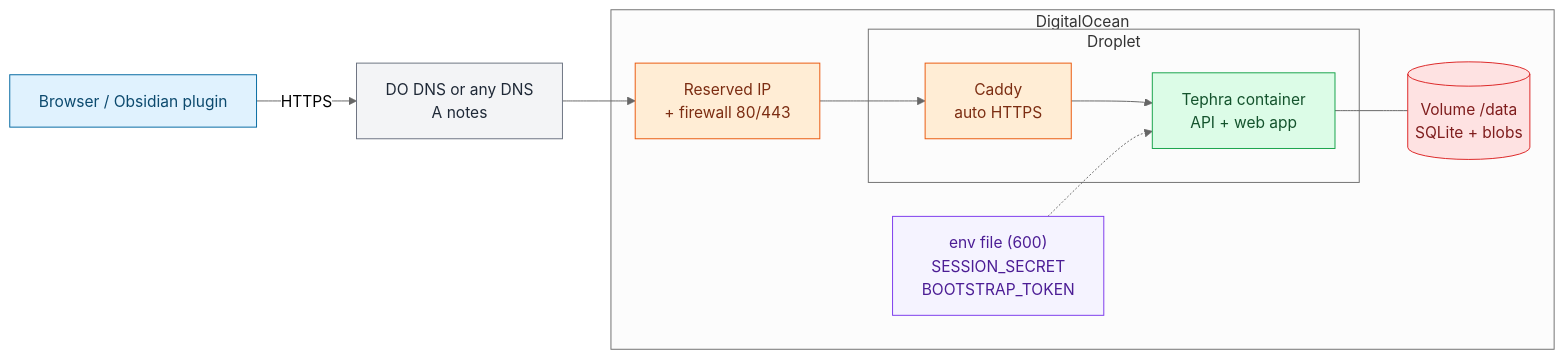
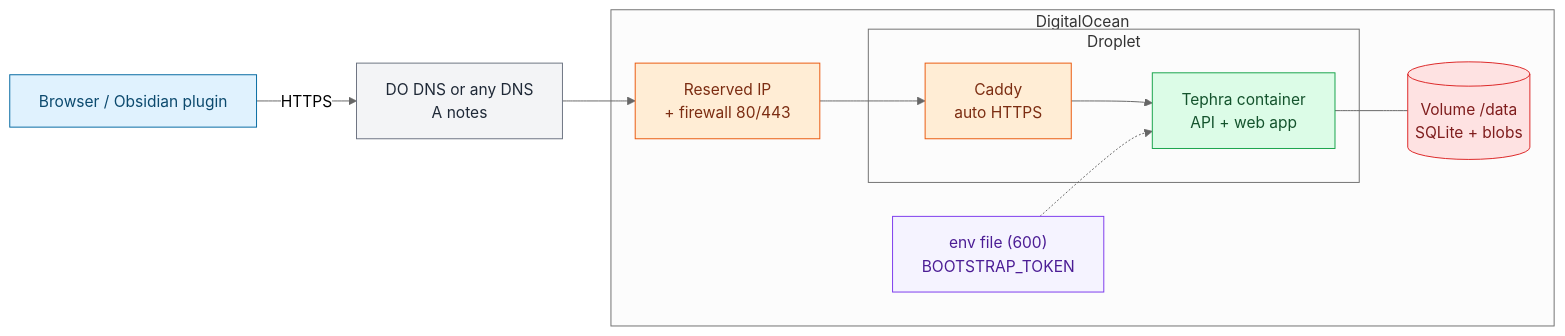
Before and after one commit to championswimmer/tephra: the diagram in docs/deploy/DO.md, drawn with Mermaid (neutral theme). The commit also changed other lines of this file and 159 other files, not shown here.

````diff
--- a/docs/deploy/DO.md
+++ b/docs/deploy/DO.md
@@ -10,31 +10,31 @@
 ```mermaid
 flowchart LR
   U["Browser / Obsidian plugin"]
   DNS["DO DNS or any DNS<br/>A notes"]
   subgraph DO["DigitalOcean"]
     RIP["Reserved IP<br/>+ firewall 80/443"]
     subgraph DR["Droplet"]
       CADDY["Caddy<br/>auto HTTPS"]
       APP["Tephra container<br/>API + web app"]
     end
     VOL[("Volume /data<br/>SQLite + blobs")]
-    ENV["env file (600)<br/>SESSION_SECRET<br/>BOOTSTRAP_TOKEN"]
+    ENV["env file (600)<br/>BOOTSTRAP_TOKEN"]
   end
   DNS --> RIP --> CADDY --> APP
   APP --- VOL
   ENV -.-> APP
   U -->|HTTPS| DNS
 
   class U actor;
   class DNS meta;
   class RIP,CADDY edge;
   class APP run;
   class VOL data;
   class ENV secret;
   classDef actor fill:#E0F2FE,stroke:#0369A1,color:#0C4A6E;
   classDef edge fill:#FFEDD5,stroke:#EA580C,color:#7C2D12;
   classDef run fill:#DCFCE7,stroke:#16A34A,color:#14532D;
   classDef data fill:#FEE2E2,stroke:#DC2626,color:#7F1D1D;
   classDef secret fill:#F5F3FF,stroke:#7C3AED,color:#4C1D95;
   classDef meta fill:#F3F4F6,stroke:#6B7280,color:#1F2937;
 ```
````
